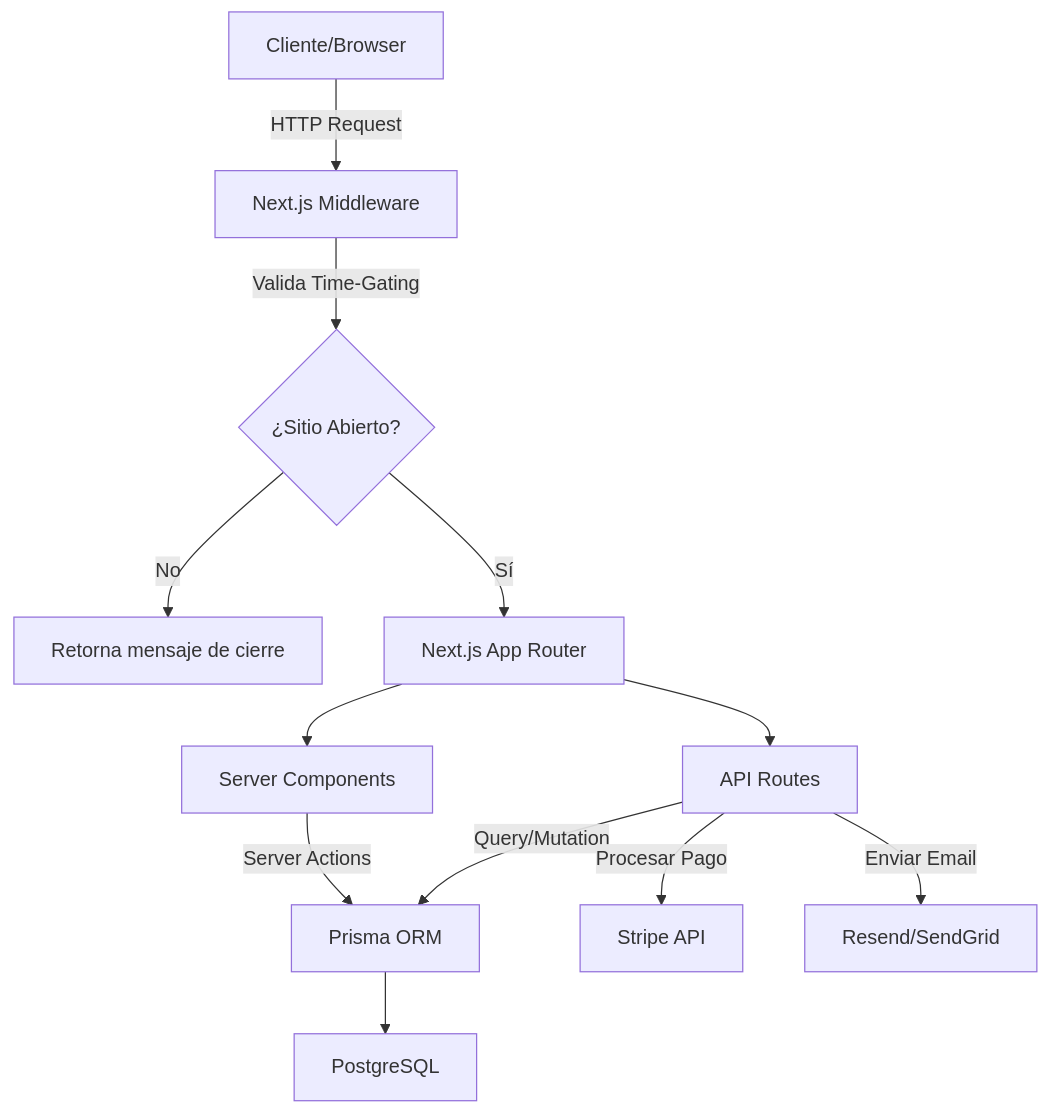
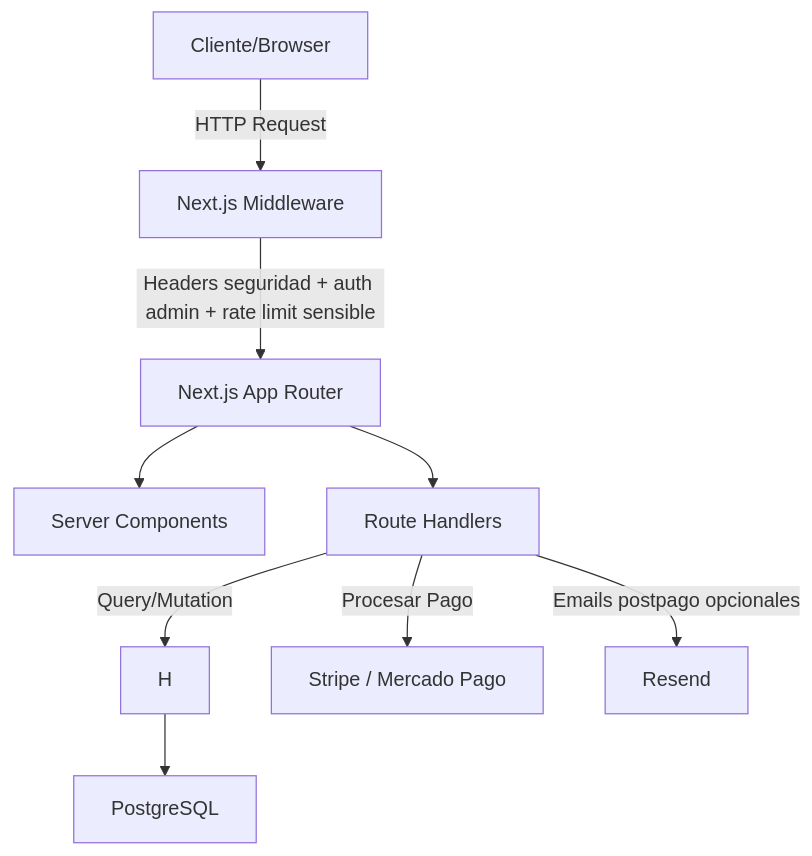
The diagram in ARQUITECTURA.md (DesarrolloWeb-PDL/tiempo-bakery), drawn with Mermaid before and after one commit. The commit also changed other lines of this file and 25 other files, not shown here.

Commit message:
feat: harden checkout and admin flows

````diff
--- a/ARQUITECTURA.md
+++ b/ARQUITECTURA.md
@@ -150,14 +151,11 @@
 ```mermaid
 graph TB
     A[Cliente/Browser] -->|HTTP Request| B[Next.js Middleware]
-    B -->|Valida Time-Gating| C{¿Sitio Abierto?}
-    C -->|No| D[Retorna mensaje de cierre]
-    C -->|Sí| E[Next.js App Router]
+  B -->|Headers seguridad + auth admin + rate limit sensible| E[Next.js App Router]
     E --> F[Server Components]
-    E --> G[API Routes]
-    F -->|Server Actions| H[Prisma ORM]
+  E --> G[Route Handlers]
     G -->|Query/Mutation| H
     H --> I[PostgreSQL]
-    G -->|Procesar Pago| J[Stripe API]
-    G -->|Enviar Email| K[Resend/SendGrid]
+  G -->|Procesar Pago| J[Stripe / Mercado Pago]
+  G -->|Emails postpago opcionales| K[Resend]
 ```
````
